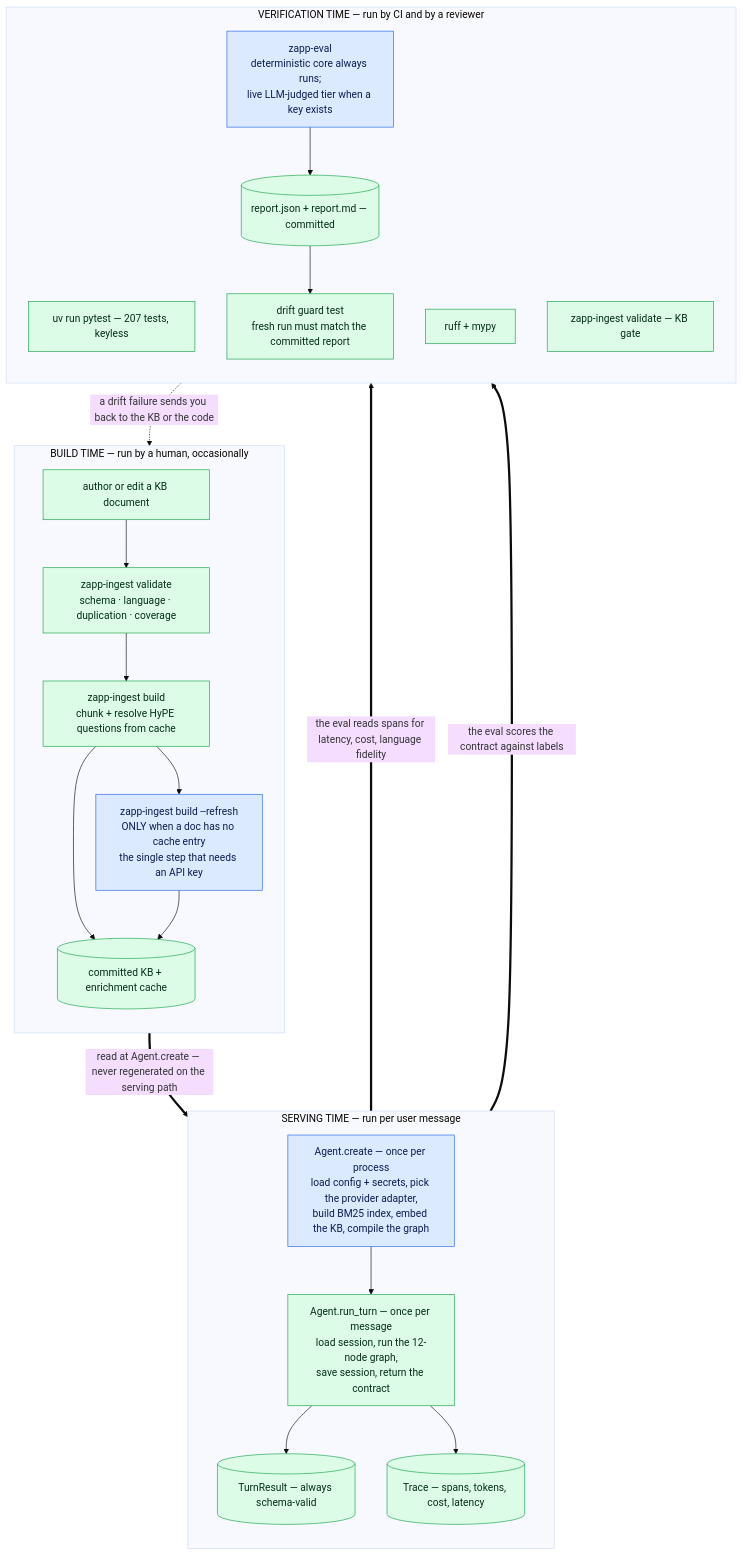
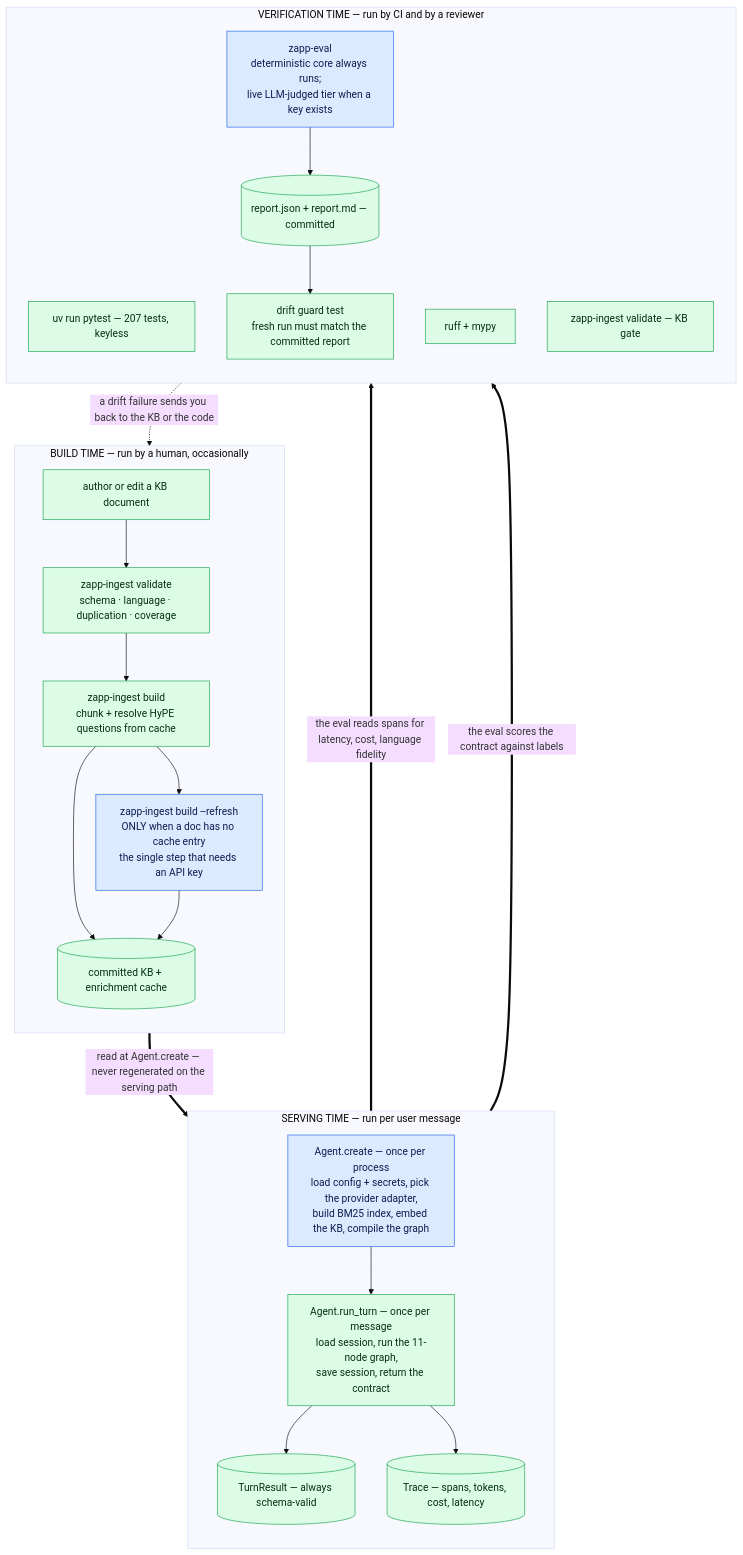
Before and after one commit to Deyber2000/zapp-ai-agent: the first of 6 diagrams in docs/system-flow.md, drawn with Mermaid (base theme). The commit also changed other lines of this file and 7 other files, not shown here.

Commit message:
docs: reconcile to the agent core + component map & refreshed layer diagrams

````diff
--- a/docs/system-flow.md
+++ b/docs/system-flow.md
@@ -29,40 +29,40 @@
 ```mermaid
 flowchart TB
     subgraph BUILD["BUILD TIME — run by a human, occasionally"]
         direction TB
         B1["author or edit a KB document"]
         B1 --> B2["zapp-ingest validate<br/>schema · language · duplication · coverage"]
         B2 --> B3["zapp-ingest build<br/>chunk + resolve HyPE questions from cache"]
         B3 --> B4["zapp-ingest build --refresh<br/>ONLY when a doc has no cache entry<br/>the single step that needs an API key"]
         B3 --> BA[("committed KB + enrichment cache")]
         B4 --> BA
     end
 
     subgraph SERVE["SERVING TIME — run per user message"]
         direction TB
         S0["Agent.create — once per process<br/>load config + secrets, pick the provider adapter,<br/>build BM25 index, embed the KB, compile the graph"]
-        S0 --> S1["Agent.run_turn — once per message<br/>load session, run the 12-node graph,<br/>save session, return the contract"]
+        S0 --> S1["Agent.run_turn — once per message<br/>load session, run the 11-node graph,<br/>save session, return the contract"]
         S1 --> SA[("TurnResult — always schema-valid")]
         S1 --> SB[("Trace — spans, tokens, cost, latency")]
     end
 
     subgraph VERIFY["VERIFICATION TIME — run by CI and by a reviewer"]
         direction TB
         V1["uv run pytest — 207 tests, keyless"]
         V2["ruff + mypy"]
         V3["zapp-ingest validate — KB gate"]
         V4["zapp-eval<br/>deterministic core always runs;<br/>live LLM-judged tier when a key exists"]
         V4 --> VA[("report.json + report.md — committed")]
         VA --> V5["drift guard test<br/>fresh run must match the committed report"]
     end
 
     BA ==>|"read at Agent.create — never regenerated on the serving path"| S0
     SB ==>|"the eval reads spans for latency, cost, language fidelity"| V4
     SA ==>|"the eval scores the contract against labels"| V4
     V5 -.->|"a drift failure sends you back to the KB or the code"| BUILD
 
     classDef det fill:#dcfce7,stroke:#16a34a,color:#052e16;
     classDef llm fill:#dbeafe,stroke:#2563eb,color:#0c1d51;
     class B1,B2,B3,BA,S1,SA,SB,V1,V2,V3,VA,V5 det;
     class B4,S0,V4 llm;
 ```
````
